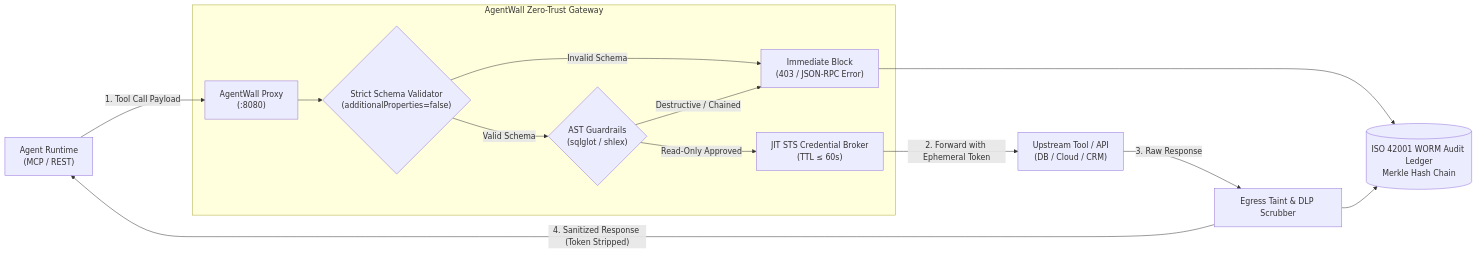
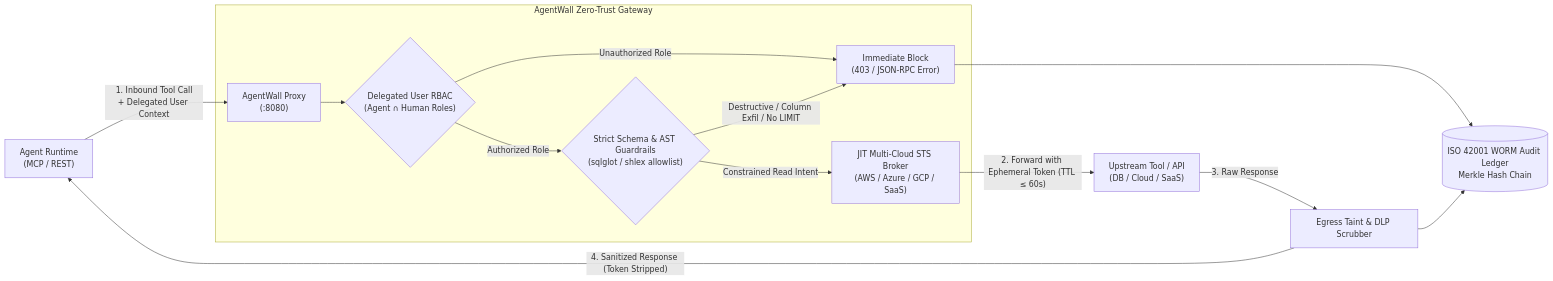
The diagram in agentwall/README.md (iqbalassyraf/redhand), drawn with Mermaid before and after one commit. The commit also changed other lines of this file and 19 other files, not shown here.

Commit message:
fix(security): address pitch weak points with honest blast containment, positive allowlists, row/column SQL guards, Azure/SaaS tokens, delegated RBAC, and MCP vetting

````diff
--- a/agentwall/README.md
+++ b/agentwall/README.md
@@ -21,19 +23,19 @@
 ```mermaid
 flowchart LR
-    A["Agent Runtime<br/>(MCP / REST)"] -->|"1. Tool Call Payload"| B["AgentWall Proxy<br/>(:8080)"]
+    A["Agent Runtime<br/>(MCP / REST)"] -->|"1. Inbound Tool Call<br/>+ Delegated User Context"| B["AgentWall Proxy<br/>(:8080)"]
     
     subgraph AgentWall["AgentWall Zero-Trust Gateway"]
-        B --> C{"Strict Schema Validator<br/>(additionalProperties=false)"}
-        C -->|"Invalid Schema"| D["Immediate Block<br/>(403 / JSON-RPC Error)"]
-        C -->|"Valid Schema"| E{"AST Guardrails<br/>(sqlglot / shlex)"}
-        E -->|"Destructive / Chained"| D
-        E -->|"Read-Only Approved"| F["JIT STS Credential Broker<br/>(TTL &le; 60s)"]
+        B --> C{"Delegated User RBAC<br/>(Agent &cap; Human Roles)"}
+        C -->|"Unauthorized Role"| D["Immediate Block<br/>(403 / JSON-RPC Error)"]
+        C -->|"Authorized Role"| E{"Strict Schema & AST Guardrails<br/>(sqlglot / shlex allowlist)"}
+        E -->|"Destructive / Column Exfil / No LIMIT"| D
+        E -->|"Constrained Read Intent"| F["JIT Multi-Cloud STS Broker<br/>(AWS / Azure / GCP / SaaS)"]
     end
     
-    F -->|"2. Forward with Ephemeral Token"| G["Upstream Tool / API<br/>(DB / Cloud / CRM)"]
+    F -->|"2. Forward with Ephemeral Token (TTL &le; 60s)"| G["Upstream Tool / API<br/>(DB / Cloud / SaaS)"]
     G -->|"3. Raw Response"| H["Egress Taint & DLP Scrubber"]
     H -->|"4. Sanitized Response (Token Stripped)"| A
     
     D --> I[("ISO 42001 WORM Audit Ledger<br/>Merkle Hash Chain")]
     H --> I
 ```
````
